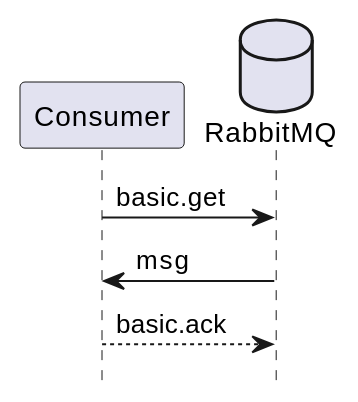
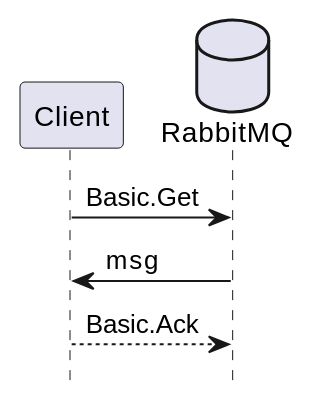
Before and after one commit to ruanhao/basset: the second of 3 diagrams in midwares/rabbitmq.org, drawn with PlantUML. The commit also changed other lines of this file and 15 other files, not shown here.

```diff
--- a/midwares/rabbitmq.org
+++ b/midwares/rabbitmq.org
@@ -61,9 +156,9 @@
 #+BEGIN_SRC plantuml :file img/rabbitmq_get.png :eval never-export
   hide footbox
-  participant Consumer as c
+  participant Client as c
   database RabbitMQ as q
 
-  c -> q : basic.get
+  c -> q : Basic.Get
   q -> c : msg
-  c --> q : basic.ack
+  c --> q : Basic.Ack
 #+END_SRC
```
